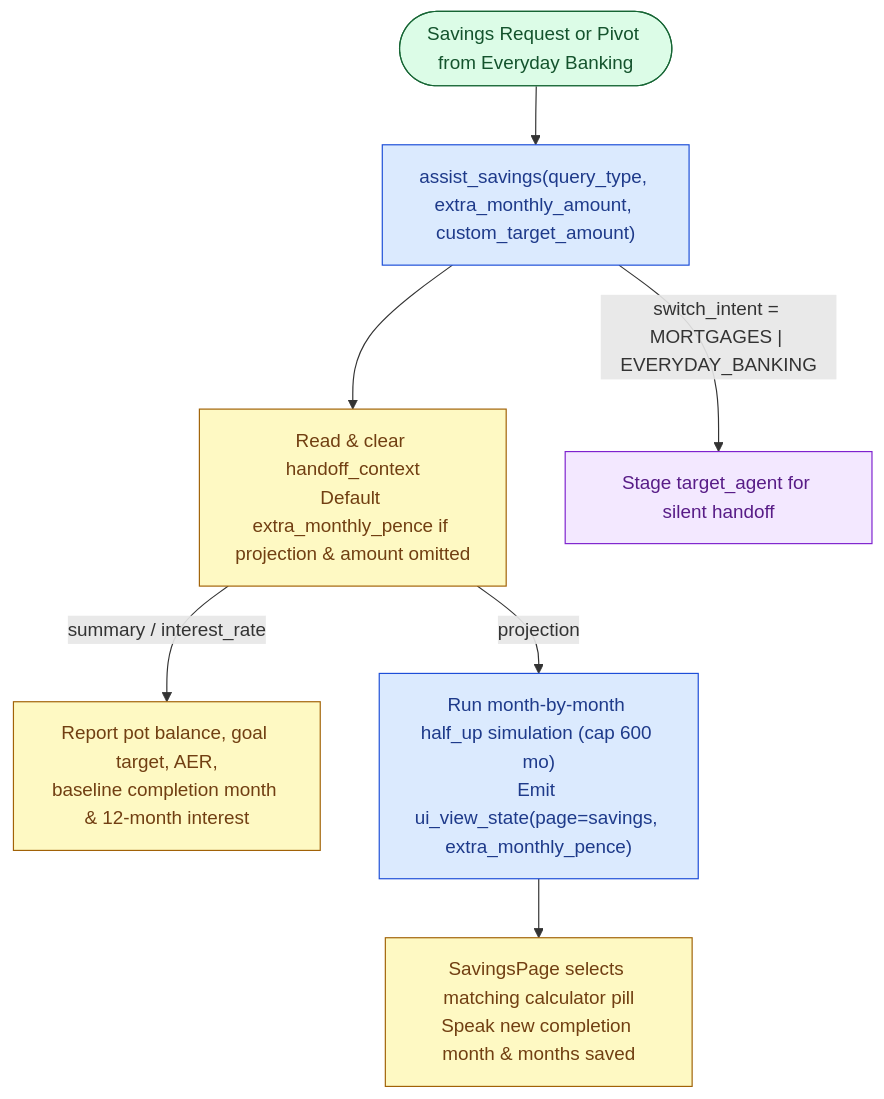
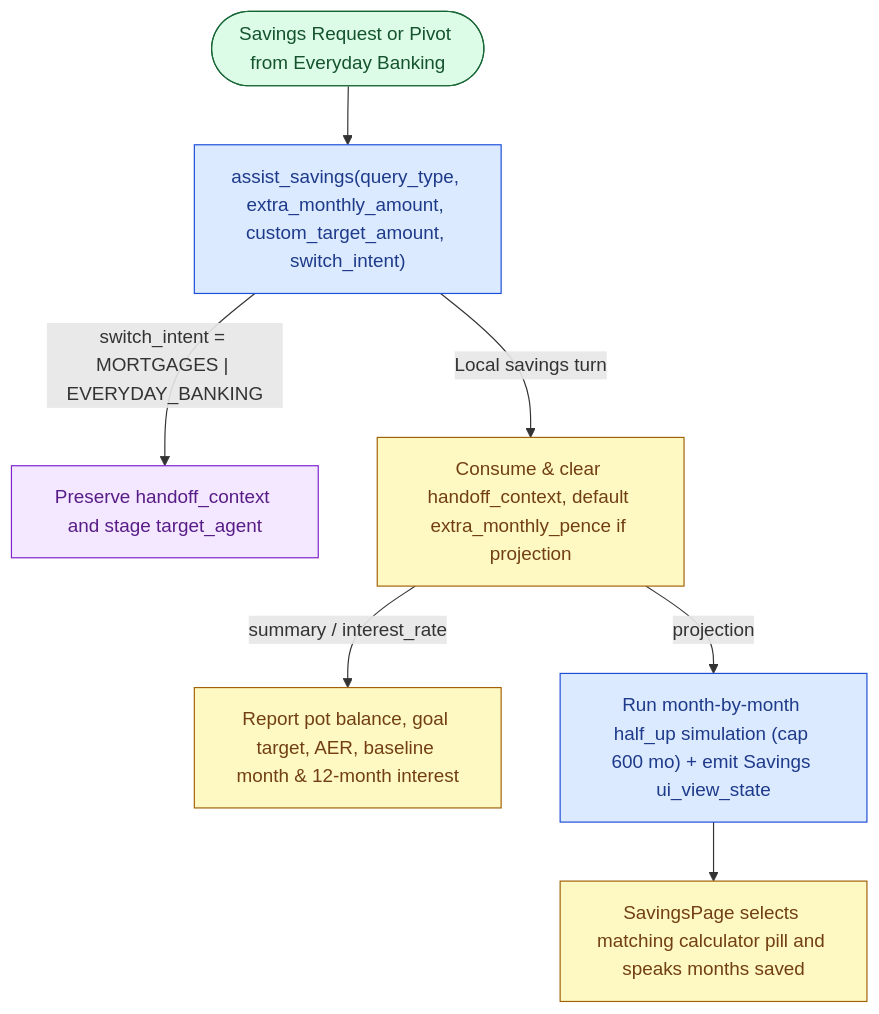
Before and after one commit to oliviervg1/gecx-bank-demo: the third of 4 diagrams in docs/architecture/banking_flows.md, drawn with Mermaid. The commit also changed other lines of this file and 19 other files, not shown here.

````diff
--- a/docs/architecture/banking_flows.md
+++ b/docs/architecture/banking_flows.md
@@ -64,14 +66,14 @@
 ```mermaid
 flowchart TD
     classDef entry fill:#dcfce7,stroke:#166534,color:#14532d;
     classDef ctrl fill:#dbeafe,stroke:#1d4ed8,color:#1e3a8a;
     classDef state fill:#fef9c3,stroke:#a16207,color:#713f12;
     classDef route fill:#f3e8ff,stroke:#7e22ce,color:#581c87;
 
-    In(["Savings Request or Pivot from Everyday Banking"]):::entry --> Sav["assist_savings(query_type, extra_monthly_amount, custom_target_amount)"]:::ctrl
-    Sav --> Consume["Read & clear handoff_context<br/>Default extra_monthly_pence if projection & amount omitted"]:::state
-    Consume -->|"summary / interest_rate"| Sum["Report pot balance, goal target, AER,<br/>baseline completion month & 12-month interest"]:::state
-    Consume -->|"projection"| Proj["Run month-by-month half_up simulation (cap 600 mo)<br/>Emit ui_view_state(page=savings, extra_monthly_pence)"]:::ctrl
-    Proj --> Sync["SavingsPage selects matching calculator pill<br/>Speak new completion month & months saved"]:::state
-    Sav -->|"switch_intent = MORTGAGES | EVERYDAY_BANKING"| Hop["Stage target_agent for silent handoff"]:::route
+    In(["Savings Request or Pivot from Everyday Banking"]):::entry --> Sav["assist_savings(query_type, extra_monthly_amount, custom_target_amount, switch_intent)"]:::ctrl
+    Sav -->|"switch_intent = MORTGAGES | EVERYDAY_BANKING"| Hop["Preserve handoff_context and stage target_agent"]:::route
+    Sav -->|"Local savings turn"| Consume["Consume & clear handoff_context, default extra_monthly_pence if projection"]:::state
+    Consume -->|"summary / interest_rate"| Sum["Report pot balance, goal target, AER, baseline month & 12-month interest"]:::state
+    Consume -->|"projection"| Proj["Run month-by-month half_up simulation (cap 600 mo) + emit Savings ui_view_state"]:::ctrl
+    Proj --> Sync["SavingsPage selects matching calculator pill and speaks months saved"]:::state
 ```
````
